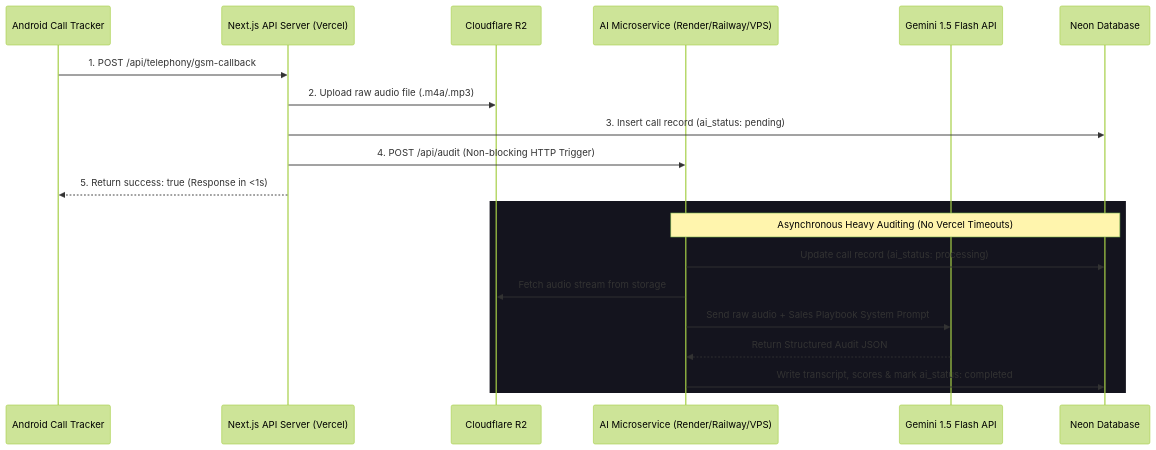
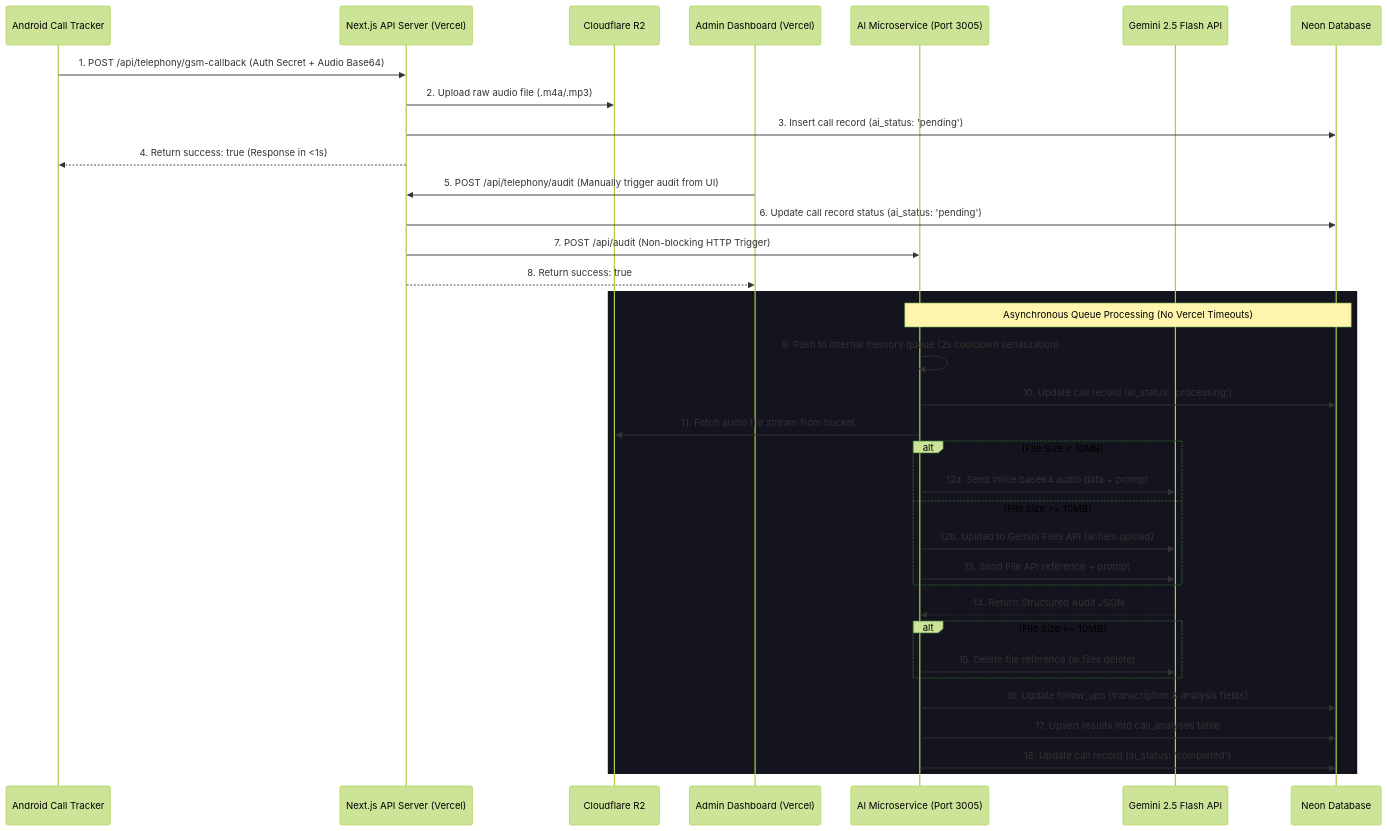
The diagram in docs/AI_MONOREPO_ARCHITECTURE.md (Skillyards-Versatility/Skillyards), drawn with Mermaid (forest theme) before and after one commit. The commit also changed other lines of this file and 23 other files, not shown here.

Commit message:
feat: implement batch management system including schema, API endpoints, and UI components for cohort creation and assignment

````diff
--- a/docs/AI_MONOREPO_ARCHITECTURE.md
+++ b/docs/AI_MONOREPO_ARCHITECTURE.md
@@ -31,24 +35,43 @@
 ```mermaid
 sequenceDiagram
     participant App as Android Call Tracker
     participant API as Next.js API Server (Vercel)
     participant R2 as Cloudflare R2
-    participant AISvc as AI Microservice (Render/Railway/VPS)
-    participant Gem as Gemini 1.5 Flash API
+    participant Admin as Admin Dashboard (Vercel)
+    participant AISvc as AI Microservice (Port 3005)
+    participant Gem as Gemini 2.5 Flash API
     participant DB as Neon Database
 
-    App->>API: 1. POST /api/telephony/gsm-callback
+    %% Call Logging Phase
+    App->>API: 1. POST /api/telephony/gsm-callback (Auth Secret + Audio Base64)
     API->>R2: 2. Upload raw audio file (.m4a/.mp3)
-    API->>DB: 3. Insert call record (ai_status: pending)
-    API->>AISvc: 4. POST /api/audit (Non-blocking HTTP Trigger)
-    API-->>App: 5. Return success: true (Response in <1s)
+    API->>DB: 3. Insert call record (ai_status: 'pending')
+    API-->>App: 4. Return success: true (Response in <1s)
 
+    %% Auditing Trigger Phase
+    Admin->>API: 5. POST /api/telephony/audit (Manually trigger audit from UI)
+    API->>DB: 6. Update call record status (ai_status: 'pending')
+    API->>AISvc: 7. POST /api/audit (Non-blocking HTTP Trigger)
+    API-->>Admin: 8. Return success: true
+
+    %% Async Microservice Processing Block
     rect rgb(20, 20, 30)
-        Note over AISvc,DB: Asynchronous Heavy Auditing (No Vercel Timeouts)
-        AISvc->>DB: Update call record (ai_status: processing)
-        AISvc->>R2: Fetch audio stream from storage
-        AISvc->>Gem: Send raw audio + Sales Playbook System Prompt
-        Gem-->>AISvc: Return Structured Audit JSON
-        AISvc->>DB: Write transcript, scores & mark ai_status: completed
+        Note over AISvc,DB: Asynchronous Queue Processing (No Vercel Timeouts)
+        AISvc->>AISvc: 9. Push to internal memory queue (2s cooldown serialization)
+        AISvc->>DB: 10. Update call record (ai_status: 'processing')
+        AISvc->>R2: 11. Fetch audio file stream from bucket
+        alt File Size < 10MB
+            AISvc->>Gem: 12a. Send inline base64 audio data + prompt
+        else File Size >= 10MB
+            AISvc->>Gem: 12b. Upload to Gemini Files API (ai.files.upload)
+            AISvc->>Gem: 13. Send File API reference + prompt
+        end
+        Gem-->>AISvc: 14. Return Structured Audit JSON
+        alt File Size >= 10MB
+            AISvc->>Gem: 15. Delete file reference (ai.files.delete)
+        end
+        AISvc->>DB: 16. Update follow_ups (transcription & analysis fields)
+        AISvc->>DB: 17. Upsert results into call_analyses table
+        AISvc->>DB: 18. Update call record (ai_status: 'completed')
     end
 ```
````
